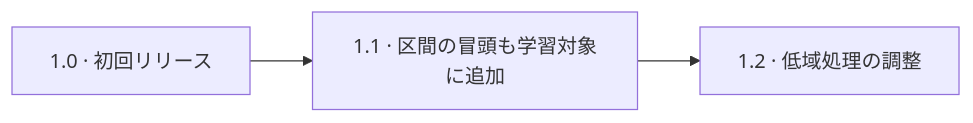
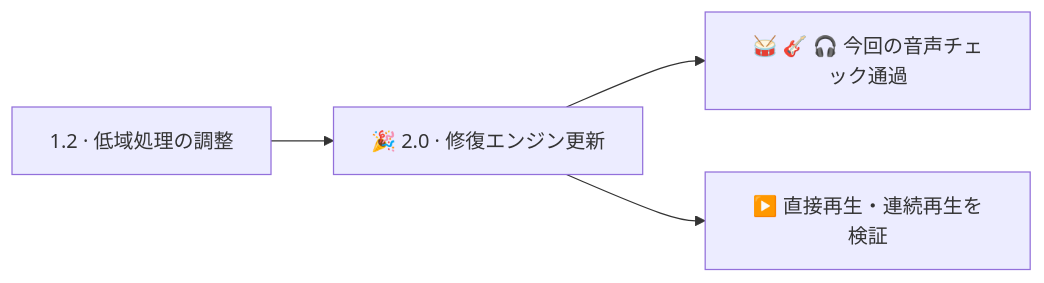
The diagram in README.ja.md (coopermone/artifact-sweep), drawn with Mermaid before and after one commit. The commit also changed other lines of this file, not shown here.

````diff
--- a/README.ja.md
+++ b/README.ja.md
@@ -74,4 +85,6 @@
 ```mermaid
 flowchart LR
-    V10["1.0 · 初回リリース"] --> V11["1.1 · 区間の冒頭も学習対象に追加"] --> V12["1.2 · 低域処理の調整"]
+    V12["1.2 · 低域処理の調整"] --> V20["🎉 2.0 · 修復エンジン更新"]
+    V20 --> Audio["🥁 🎸 🎧 今回の音声チェック通過"]
+    V20 --> Playback["▶️ 直接再生・連続再生を検証"]
 ```
````
